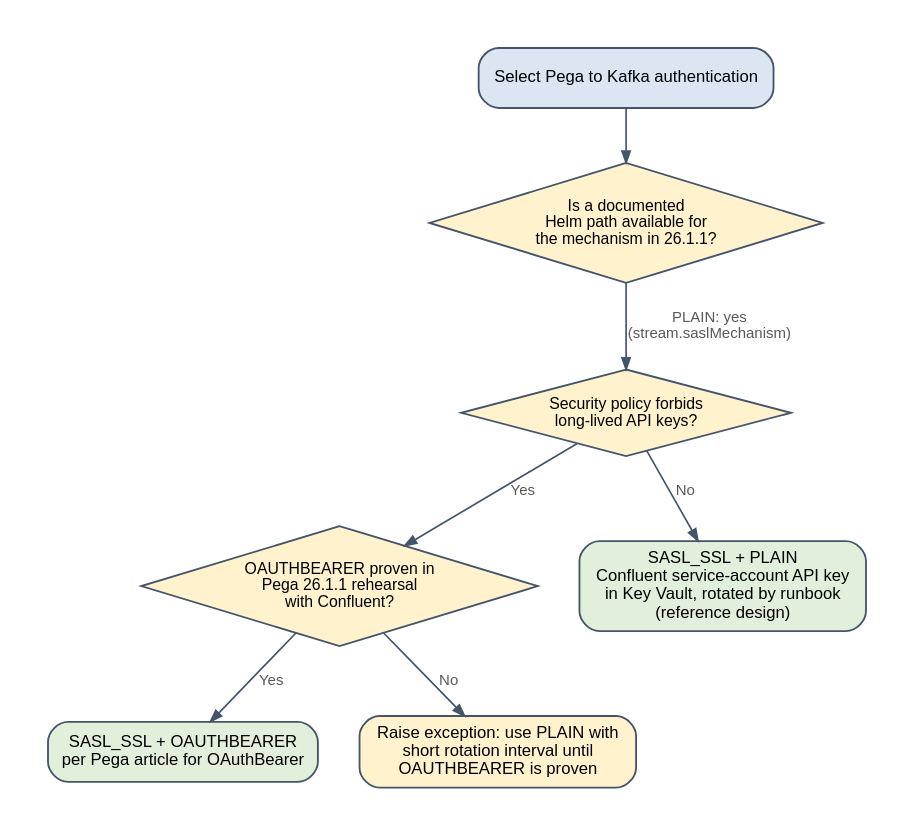
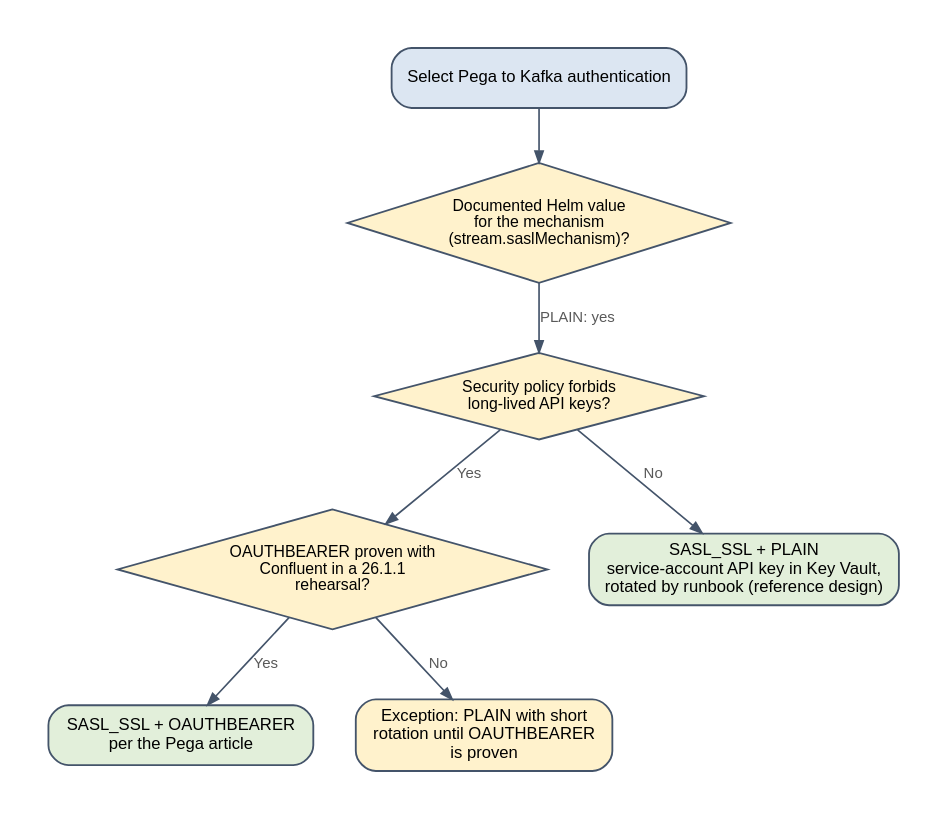
Before and after one commit to ravislr-beep/Sukoon: the diagram in runbook/img/generated/fig_decision_kafka_auth.dot, drawn with Graphviz. The commit also changed 74 other files, not shown here.

Commit message:
Add naming, Helm values and reference sources for the clone-and-upgrade runbook; regenerate diagrams

```diff
--- a/runbook/img/generated/fig_decision_kafka_auth.dot
+++ b/runbook/img/generated/fig_decision_kafka_auth.dot
@@ -1,23 +1,23 @@
 digraph G {
 
   graph [fontname="Liberation Sans", fontsize=11, bgcolor="white", pad="0.3", nodesep="0.35", ranksep="0.45", fontcolor="#1F3864"];
   node  [fontname="Liberation Sans", fontsize=10, shape=box, style="rounded,filled", fillcolor="white", color="#44546A", penwidth=1.1, margin="0.14,0.07"];
   edge  [fontname="Liberation Sans", fontsize=9, color="#44546A", fontcolor="#595959", arrowsize=0.7, penwidth=1.0];
 
 
   rankdir=TB;
   start [label="Select Pega to Kafka authentication", fillcolor="#DCE6F2"];
-  q1 [shape=diamond, style="filled", fillcolor="#FFF2CC", label="Is a documented\nHelm path available for\nthe mechanism in 26.1.1?", margin="0.04,0.04", fontsize=9.5];
+  q1 [shape=diamond, style="filled", fillcolor="#FFF2CC", label="Documented Helm value\nfor the mechanism\n(stream.saslMechanism)?", margin="0.04,0.04", fontsize=9.5];
   q2 [shape=diamond, style="filled", fillcolor="#FFF2CC", label="Security policy forbids\nlong-lived API keys?", margin="0.04,0.04", fontsize=9.5];
-  q3 [shape=diamond, style="filled", fillcolor="#FFF2CC", label="OAUTHBEARER proven in\nPega 26.1.1 rehearsal\nwith Confluent?", margin="0.04,0.04", fontsize=9.5];
-  plain [label="SASL_SSL + PLAIN\nConfluent service-account API key\nin Key Vault, rotated by runbook\n(reference design)", fillcolor="#E2EFDA"];
-  oauth [label="SASL_SSL + OAUTHBEARER\nper Pega article for OAuthBearer", fillcolor="#E2EFDA"];
-  exc [label="Raise exception: use PLAIN with\nshort rotation interval until\nOAUTHBEARER is proven", fillcolor="#FFF2CC"];
+  q3 [shape=diamond, style="filled", fillcolor="#FFF2CC", label="OAUTHBEARER proven with\nConfluent in a 26.1.1\nrehearsal?", margin="0.04,0.04", fontsize=9.5];
+  plain [label="SASL_SSL + PLAIN\nservice-account API key in Key Vault,\nrotated by runbook (reference design)", fillcolor="#E2EFDA"];
+  oauth [label="SASL_SSL + OAUTHBEARER\nper the Pega article", fillcolor="#E2EFDA"];
+  exc [label="Exception: PLAIN with short\nrotation until OAUTHBEARER\nis proven", fillcolor="#FFF2CC"];
   start -> q1;
-  q1 -> q2 [label="PLAIN: yes\n(stream.saslMechanism)"];
+  q1 -> q2 [label="PLAIN: yes"];
   q2 -> plain [label="No"];
   q2 -> q3 [label="Yes"];
   q3 -> oauth [label="Yes"];
   q3 -> exc [label="No"];
 
 }
```
